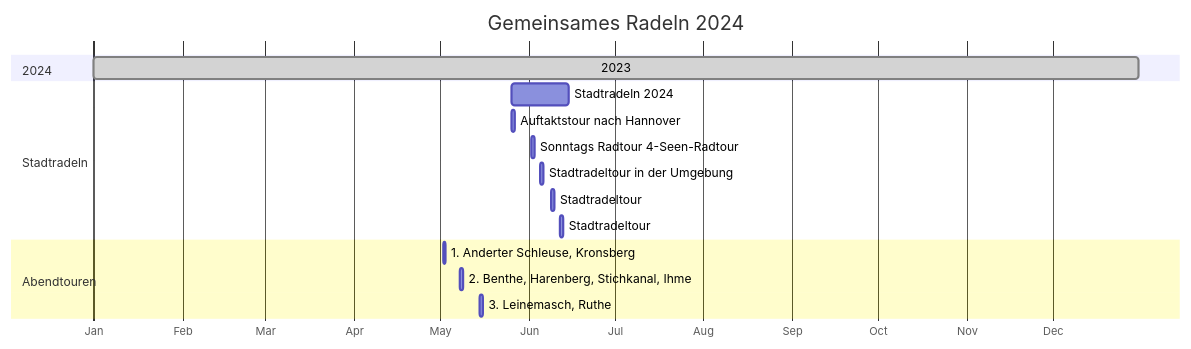
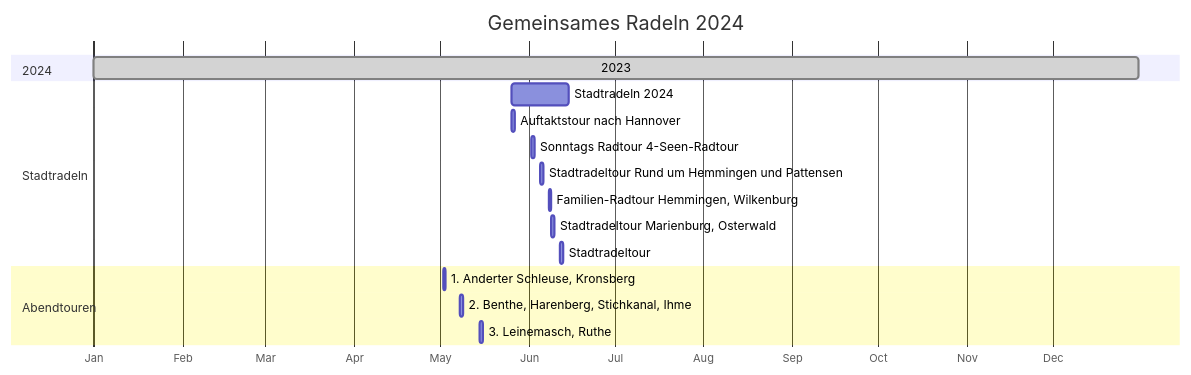
Before and after one commit to adfc-hemmingen-pattensen/pelican-md-soures: the diagram in Touren/Fahrradtouren2024.md, drawn with Mermaid.

````diff
--- a/Touren/Fahrradtouren2024.md
+++ b/Touren/Fahrradtouren2024.md
@@ -10,25 +10,26 @@
 ``` mermaid
 gantt
 dateFormat  YYYY-MM-DD
 title Gemeinsames Radeln 2024
 axisFormat  %b
 todayMarker stroke-width:0px
 
 section 2024
 2023: done, 2024-01-01, 2024-12-31
 
 section Stadtradeln  
 Stadtradeln 2024:          action, 2024-05-26, 2024-06-15
 Auftaktstour nach Hannover:   2024-05-26, 1d
 Sonntags Radtour 4-Seen-Radtour:   2024-06-02, 1d
-Stadtradeltour in der Umgebung:     2024-06-05, 1d
-Stadtradeltour:     2024-06-09, 1d
+Stadtradeltour Rund um Hemmingen und Pattensen:     2024-06-05, 1d
+Familien-Radtour Hemmingen, Wilkenburg:    2024-06-08, 1d
+Stadtradeltour Marienburg, Osterwald:    2024-06-09, 1d
 Stadtradeltour:     2024-06-12, 1d
 
 section Abendtouren
 1. Anderter Schleuse, Kronsberg:      2024-05-02, 1d
 2. Benthe, Harenberg, Stichkanal, Ihme: 2024-05-08, 1d
 3. Leinemasch, Ruthe: 2024-05-15, 1d
 
 
 ```
````
